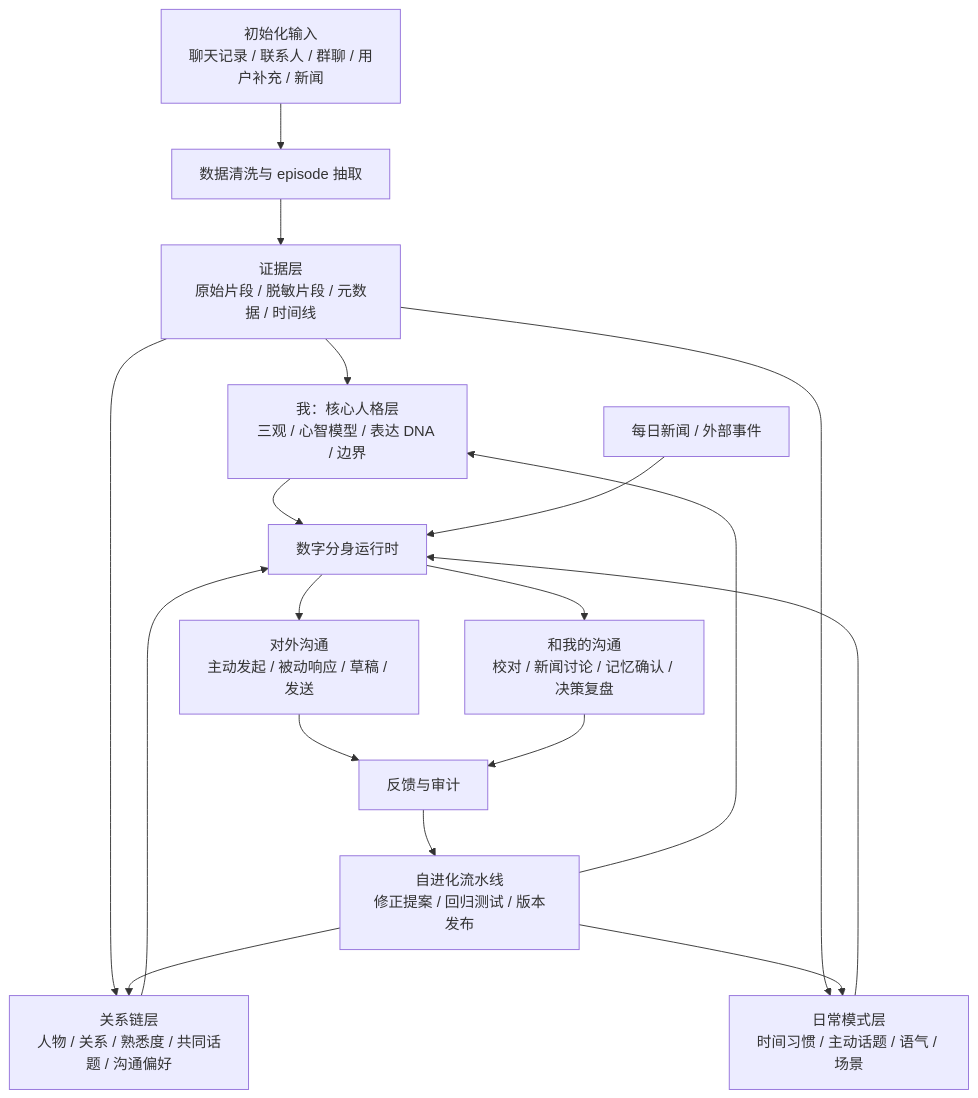
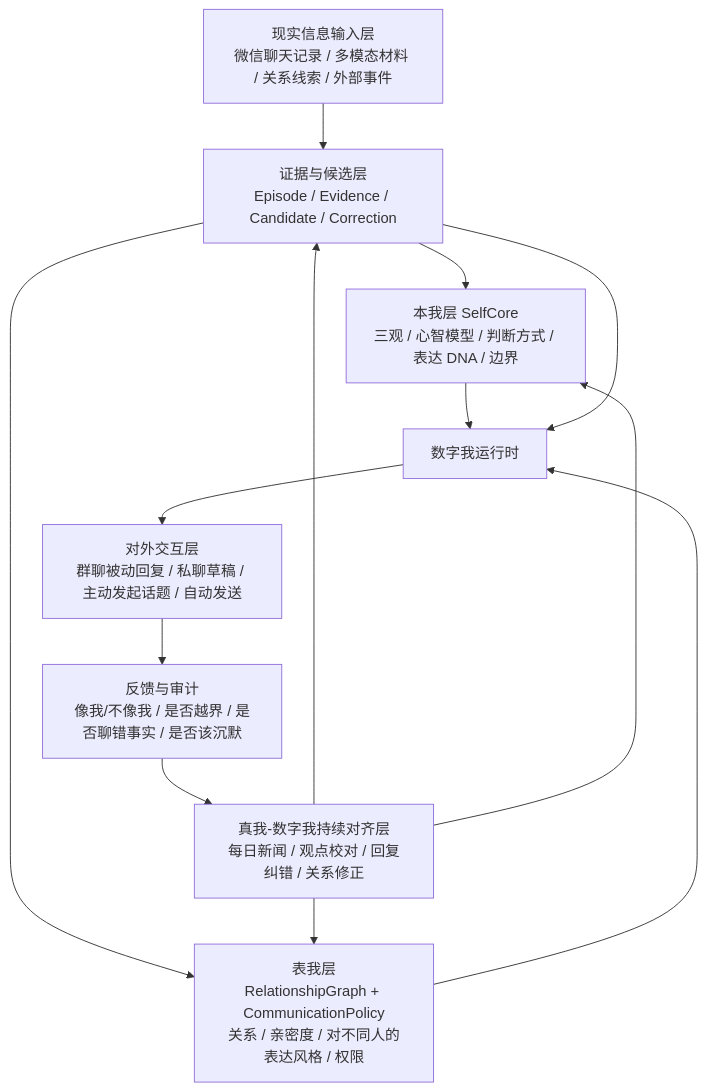
One commit to moneymoerandmore/myselfforever changed the diagram in docs/ARCHITECTURE.md. Above: the diagram before and after it, drawn with Mermaid. The commit also changed other lines of this file and 8 other files, not shown here.

````diff
--- a/docs/ARCHITECTURE.md
+++ b/docs/ARCHITECTURE.md
@@ -27,20 +29,15 @@
 ```mermaid
 flowchart TD
-  A["初始化输入<br/>聊天记录 / 联系人 / 群聊 / 用户补充 / 新闻"] --> B["数据清洗与 episode 抽取"]
-  B --> C["证据层<br/>原始片段 / 脱敏片段 / 元数据 / 时间线"]
-  C --> D["我：核心人格层<br/>三观 / 心智模型 / 表达 DNA / 边界"]
-  C --> E["关系链层<br/>人物 / 关系 / 熟悉度 / 共同话题 / 沟通偏好"]
-  C --> F["日常模式层<br/>时间习惯 / 主动话题 / 语气 / 场景"]
-  D --> G["数字分身运行时"]
-  E --> G
-  F --> G
-  H["每日新闻 / 外部事件"] --> G
-  G --> I["对外沟通<br/>主动发起 / 被动响应 / 草稿 / 发送"]
-  G --> J["和我的沟通<br/>校对 / 新闻讨论 / 记忆确认 / 决策复盘"]
-  I --> K["反馈与审计"]
-  J --> K
-  K --> L["自进化流水线<br/>修正提案 / 回归测试 / 版本发布"]
-  L --> D
-  L --> E
-  L --> F
+  A["现实信息输入层<br/>微信聊天记录 / 多模态材料 / 关系线索 / 外部事件"] --> E["证据与候选层<br/>Episode / Evidence / Candidate / Correction"]
+  E --> B["本我层 SelfCore<br/>三观 / 心智模型 / 判断方式 / 表达 DNA / 边界"]
+  E --> C["表我层<br/>RelationshipGraph + CommunicationPolicy<br/>关系 / 亲密度 / 对不同人的表达风格 / 权限"]
+  D["真我-数字我持续对齐层<br/>每日新闻 / 观点校对 / 回复纠错 / 关系修正"] --> E
+  B --> R["数字我运行时"]
+  C --> R
+  E --> R
+  R --> F["对外交互层<br/>群聊被动回复 / 私聊草稿 / 主动发起话题 / 自动发送"]
+  F --> G["反馈与审计<br/>像我/不像我 / 是否越界 / 是否聊错事实 / 是否该沉默"]
+  G --> D
+  D --> B
+  D --> C
 ```
````
